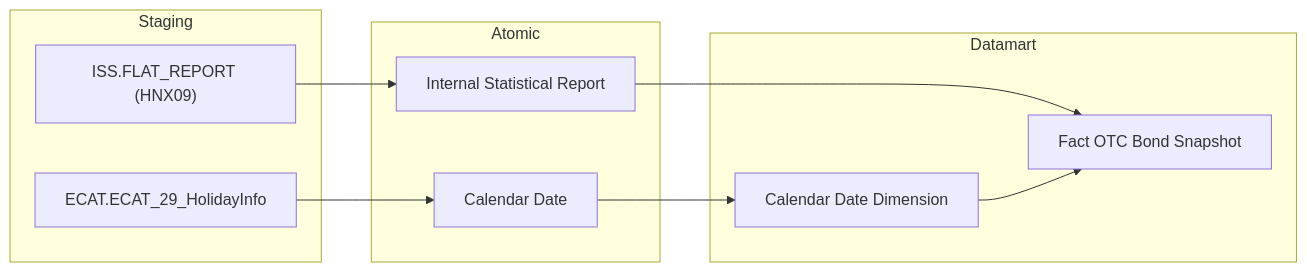
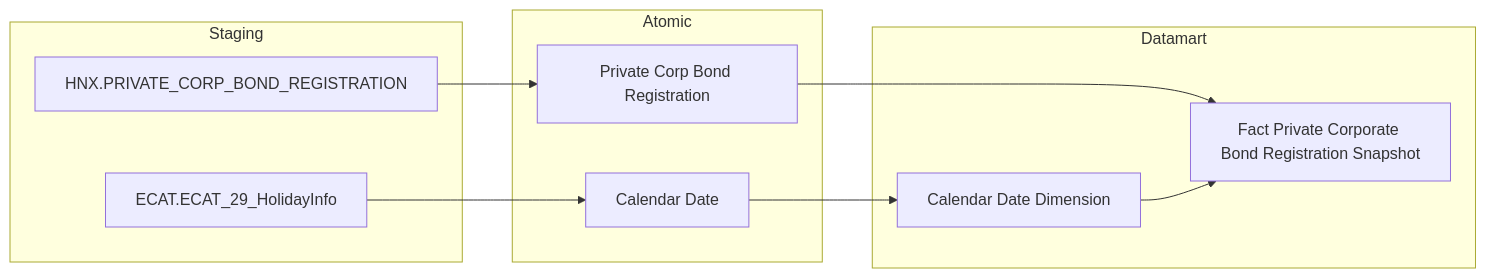
One commit to linhlvit/ubck_atomic_design changed the sixth of 40 diagrams in Datamart/hld/DTM_VP_HLD.md. Above: the diagram before and after it, drawn with Mermaid. The commit also changed other lines of this file and 25 other files, not shown here.

````diff
--- a/Datamart/hld/DTM_VP_HLD.md
+++ b/Datamart/hld/DTM_VP_HLD.md
@@ -167,20 +180,20 @@
 ```mermaid
 flowchart LR
     subgraph SRC["Staging"]
-        ISS_FLAT_REPORT_HNX09["ISS.FLAT_REPORT (HNX09)"]
-        ECAT_ECAT_29_HolidayInfo6["ECAT.ECAT_29_HolidayInfo"]
+        HNX_PRIVATE_CORP_BOND_REGISTRATION["HNX.PRIVATE_CORP_BOND_REGISTRATION"]
+        ECAT_ECAT_29_HolidayInfo["ECAT.ECAT_29_HolidayInfo"]
     end
     subgraph SIL["Atomic"]
-        Internal_Statistical_Report6["Internal Statistical Report"]
-        Calendar_Date6["Calendar Date"]
+        Private_Corp_Bond_Registration["Private Corp Bond Registration"]
+        Calendar_Date["Calendar Date"]
     end
     subgraph GOLD["Datamart"]
-        fct_otc_bnd_snpst["Fact OTC Bond Snapshot"]
-        cdr_dt_dim6["Calendar Date Dimension"]
+        Calendar_Date_Dimension["Calendar Date Dimension"]
+        Fact_Private_Corporate_Bond_Registration_Snapshot["Fact Private Corporate Bond Registration Snapshot"]
     end
-    ISS_FLAT_REPORT_HNX09 --> Internal_Statistical_Report6
-    ECAT_ECAT_29_HolidayInfo6 --> Calendar_Date6
-    Internal_Statistical_Report6 --> fct_otc_bnd_snpst
-    Calendar_Date6 --> cdr_dt_dim6
-    cdr_dt_dim6 --> fct_otc_bnd_snpst
+    HNX_PRIVATE_CORP_BOND_REGISTRATION --> Private_Corp_Bond_Registration
+    ECAT_ECAT_29_HolidayInfo --> Calendar_Date
+    Private_Corp_Bond_Registration --> Fact_Private_Corporate_Bond_Registration_Snapshot
+    Calendar_Date --> Calendar_Date_Dimension
+    Calendar_Date_Dimension --> Fact_Private_Corporate_Bond_Registration_Snapshot
 ```
````
